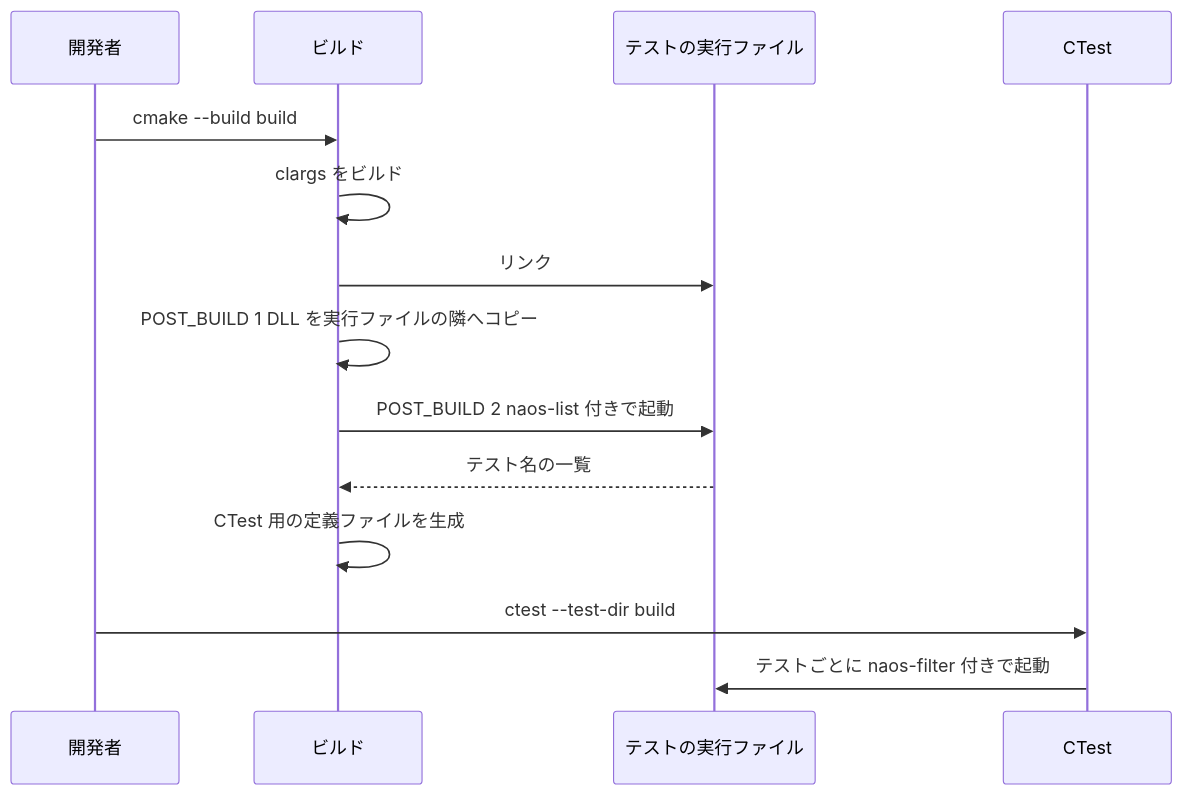
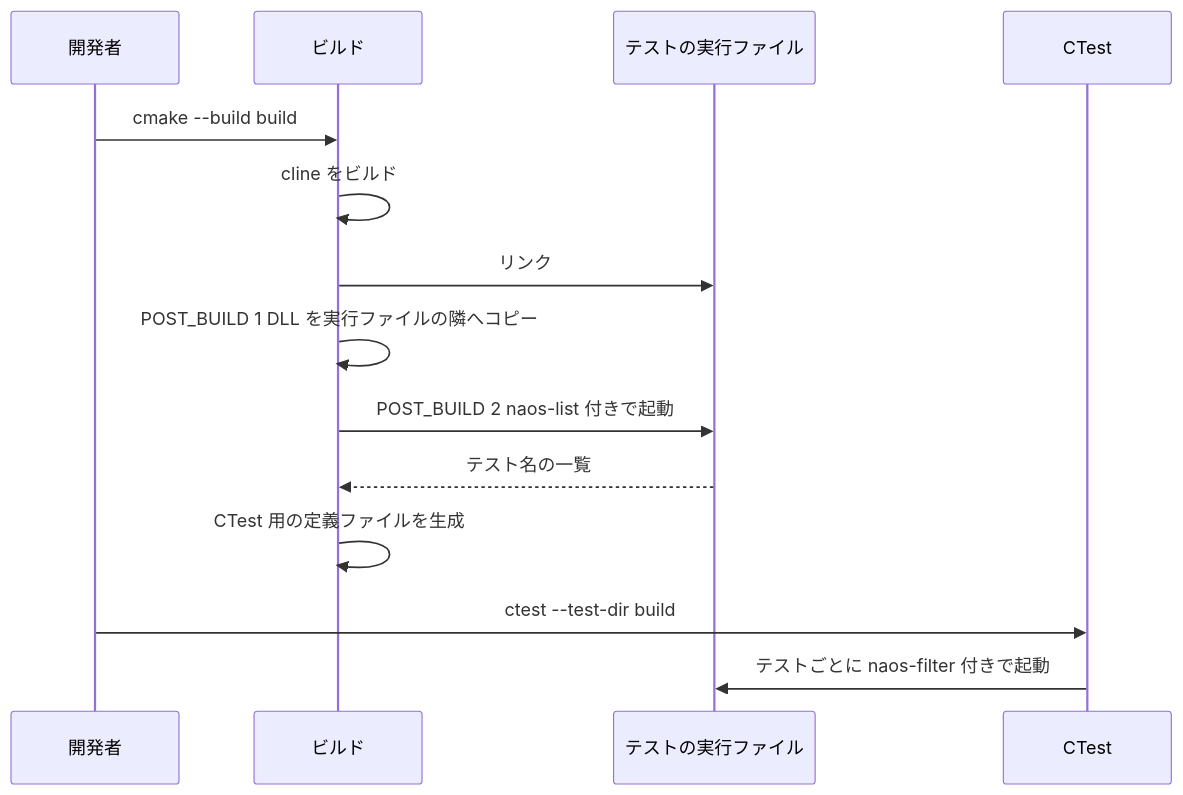
Before and after one commit to ktdevx/cargs: the third of 3 diagrams in .kiro/specs/build-foundation/design.md, drawn with Mermaid. The commit also changed other lines of this file and 177 other files, not shown here.

First line of the commit message:
Rename project from CLArgs to CLine

````diff
--- a/.kiro/specs/build-foundation/design.md
+++ b/.kiro/specs/build-foundation/design.md
@@ -205,17 +205,17 @@
 ```mermaid
 sequenceDiagram
     participant Dev as 開発者
     participant Build as ビルド
     participant Exe as テストの実行ファイル
     participant CTest as CTest
 
     Dev->>Build: cmake --build build
-    Build->>Build: clargs をビルド
+    Build->>Build: cline をビルド
     Build->>Exe: リンク
     Build->>Build: POST_BUILD 1 DLL を実行ファイルの隣へコピー
     Build->>Exe: POST_BUILD 2 naos-list 付きで起動
     Exe-->>Build: テスト名の一覧
     Build->>Build: CTest 用の定義ファイルを生成
     Dev->>CTest: ctest --test-dir build
     CTest->>Exe: テストごとに naos-filter 付きで起動
 ```
````
